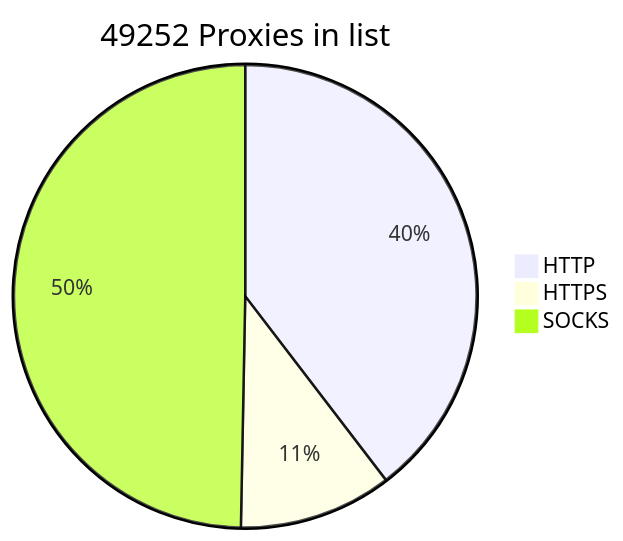
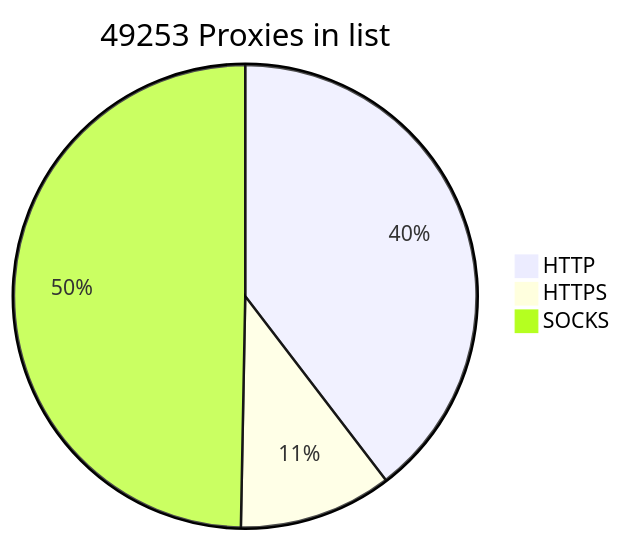
One commit to BlackSnowDot/proxylist-update-every-minute changed the diagram in README.md. Above: the diagram before and after it, drawn with Mermaid.

````diff
--- a/README.md
+++ b/README.md
@@ -2,6 +2,6 @@
 ```mermaid
-pie title 49252 Proxies in list
-    "HTTP" : 21553
+pie title 49253 Proxies in list
+    "HTTP" : 21555
     "HTTPS": 5822
     "SOCKS" : 27049
 ```
````
